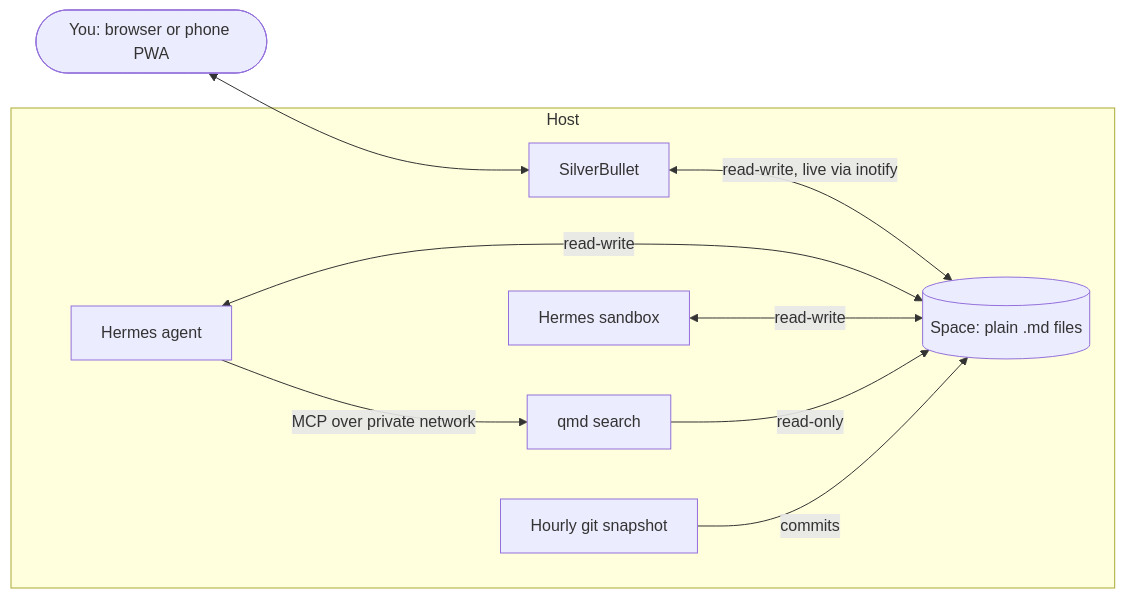
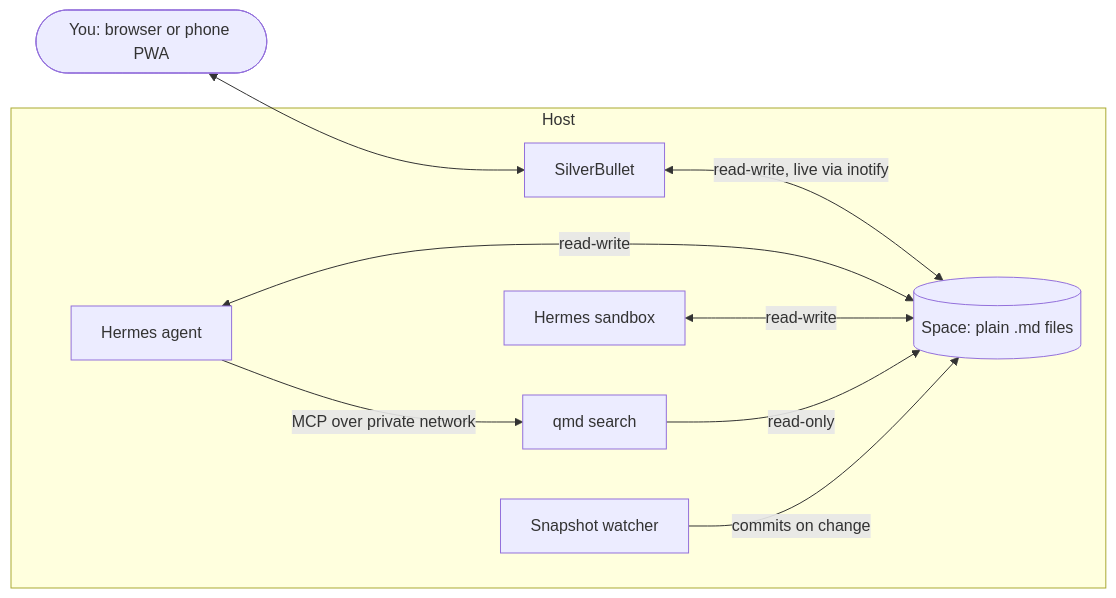
Before and after one commit to pjrobot/hermes-silverbullet: the diagram in README.md, drawn with Mermaid. The commit also changed other lines of this file and 3 other files, not shown here.

First line of the commit message:
feat: snapshot the space on change instead of hourly

````diff
--- a/README.md
+++ b/README.md
@@ -22,13 +22,13 @@
 ```mermaid
 flowchart LR
     you(["You: browser or phone PWA"]) <--> sb["SilverBullet"]
 
     subgraph host["Host"]
         sb <-->|"read-write, live via inotify"| space[("Space: plain .md files")]
         agent["Hermes agent"] <-->|"read-write"| space
         sandbox["Hermes sandbox"] <-->|"read-write"| space
         qmd["qmd search"] -->|"read-only"| space
-        git["Hourly git snapshot"] -->|"commits"| space
+        git["Snapshot watcher"] -->|"commits on change"| space
         agent -->|"MCP over private network"| qmd
     end
 ```
````
